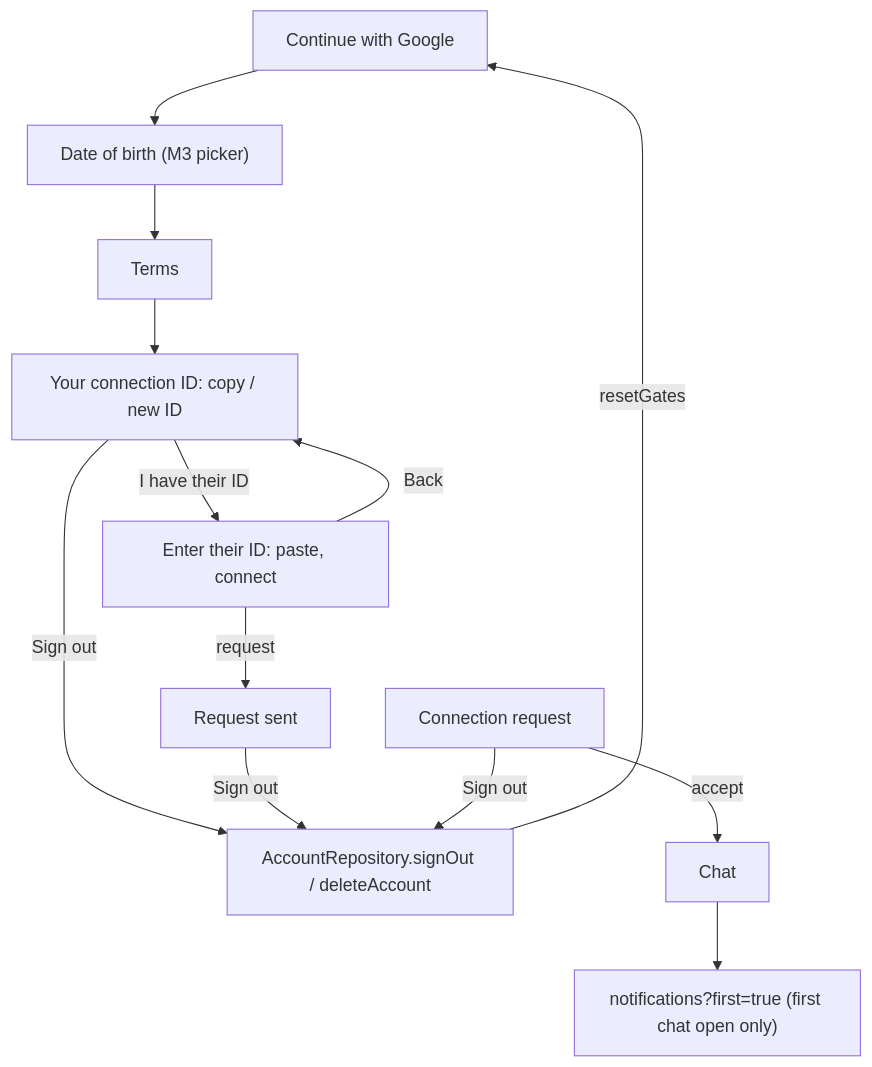
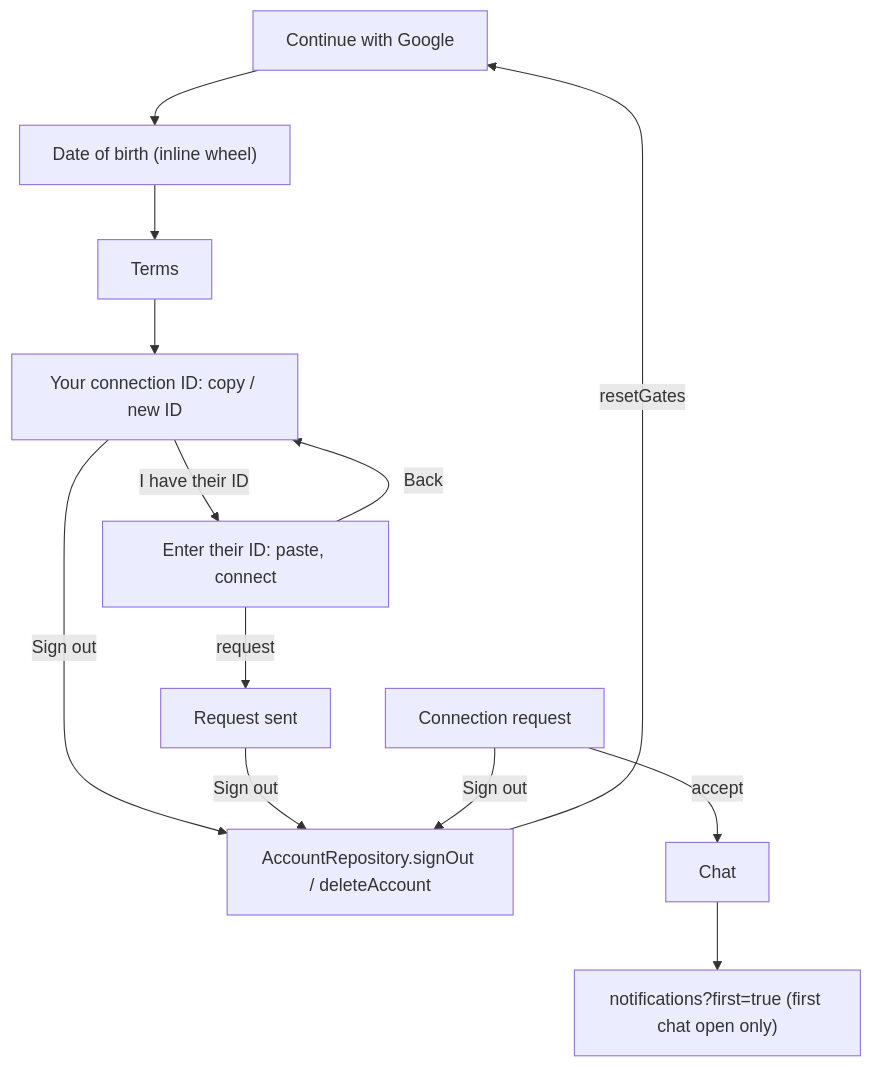
Diagram 18 of 19 in docs/ARCHITECTURE.md (aarahman04/One-on-One-Android), drawn with Mermaid before and after one commit. The commit also changed 2 other files, not shown here.

Commit message:
iOS-style wheel date-of-birth picker; green buttons back to natural width
Inline day/month/year wheel (snap, curve, fade, tick haptic, single navy band),
starts on today and enables Continue only after a wheel moves. Draw-phase only
animation for smooth scrolling. Replaces the Material 3 calendar dialog.

````diff
--- a/docs/ARCHITECTURE.md
+++ b/docs/ARCHITECTURE.md
@@ -448,10 +448,10 @@
 ```mermaid
 flowchart TD
-  SignIn["Continue with Google"] --> Age["Date of birth (M3 picker)"] --> Consent["Terms"] --> Connect
+  SignIn["Continue with Google"] --> Age["Date of birth (inline wheel)"] --> Consent["Terms"] --> Connect
   Connect["Your connection ID: copy / new ID"] -->|I have their ID| Enter["Enter their ID: paste, connect"]
   Enter -->|Back| Connect
   Enter -->|request| Waiting["Request sent"]
   Connect & Waiting & Request["Connection request"] -->|Sign out| Out["AccountRepository.signOut / deleteAccount"]
   Out -->|resetGates| SignIn
   Request -->|accept| Chat --> Notif["notifications?first=true (first chat open only)"]
 ```
````
